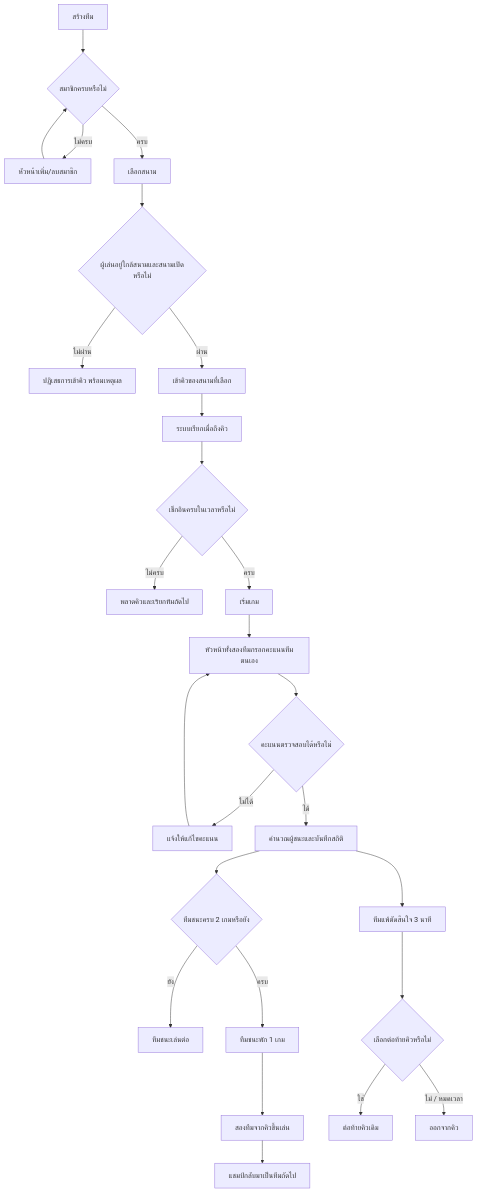
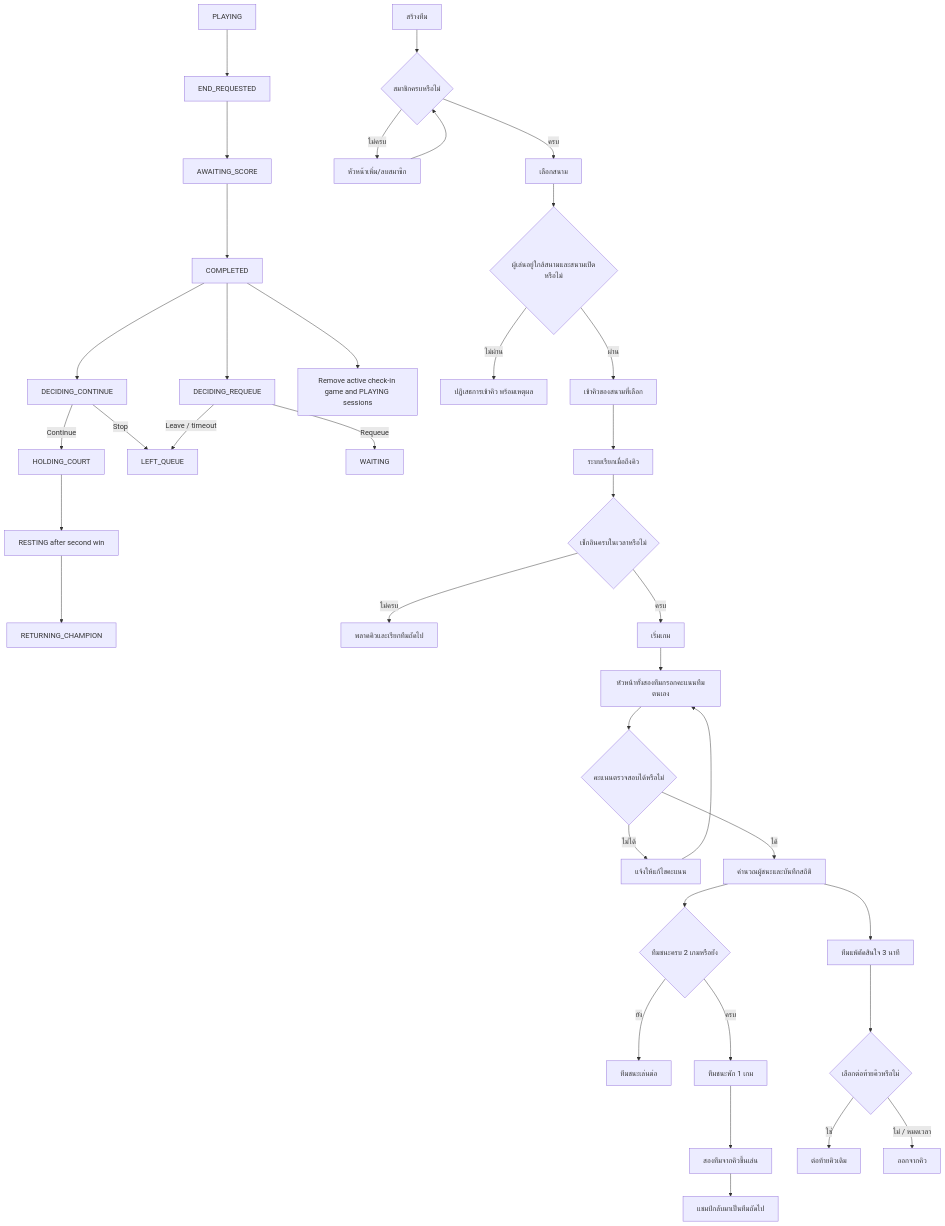
One commit to Nokpednam/MeQ-web-app changed the diagram in docs/diagrams/queue-flow.mmd. Above: the diagram before and after it, drawn with Mermaid. The commit also changed 41 other files, not shown here.

```diff
--- a/docs/diagrams/queue-flow.mmd
+++ b/docs/diagrams/queue-flow.mmd
@@ -1,26 +1,35 @@
 flowchart TD
+  GAME["PLAYING"] --> END["END_REQUESTED"] --> SCORE["AWAITING_SCORE"] --> COMPLETE["COMPLETED"]
+  COMPLETE --> WIN_DECIDE["DECIDING_CONTINUE"]
+  WIN_DECIDE -->|Continue| HOLD["HOLDING_COURT"]
+  WIN_DECIDE -->|Stop| LEFT
+  COMPLETE --> DECIDE["DECIDING_REQUEUE"]
+  COMPLETE --> CLOSE_CHECKIN["Remove active check-in game and PLAYING sessions"]
+  HOLD --> REST["RESTING after second win"] --> RETURN["RETURNING_CHAMPION"]
+  DECIDE -->|Requeue| WAIT["WAITING"]
+  DECIDE -->|Leave / timeout| LEFT["LEFT_QUEUE"]
   A[สร้างทีม] --> B{สมาชิกครบหรือไม่}
   B -- ไม่ครบ --> C[หัวหน้าเพิ่ม/ลบสมาชิก]
   C --> B
   B -- ครบ --> D[เลือกสนาม]
   D --> E{ผู้เล่นอยู่ใกล้สนามและสนามเปิดหรือไม่}
   E -- ไม่ผ่าน --> F[ปฏิเสธการเข้าคิว พร้อมเหตุผล]
   E -- ผ่าน --> G[เข้าคิวของสนามที่เลือก]
   G --> H[ระบบเรียกเมื่อถึงคิว]
   H --> I{เช็กอินครบในเวลาหรือไม่}
   I -- ไม่ครบ --> J[พลาดคิวและเรียกทีมถัดไป]
   I -- ครบ --> K[เริ่มเกม]
   K --> L[หัวหน้าทั้งสองทีมกรอกคะแนนทีมตนเอง]
   L --> M{คะแนนตรวจสอบได้หรือไม่}
   M -- ไม่ได้ --> N[แจ้งให้แก้ไขคะแนน]
   N --> L
   M -- ได้ --> O[คำนวณผู้ชนะและบันทึกสถิติ]
   O --> P{ทีมชนะครบ 2 เกมหรือยัง}
   P -- ยัง --> Q[ทีมชนะเล่นต่อ]
   P -- ครบ --> R[ทีมชนะพัก 1 เกม]
   R --> S[สองทีมจากคิวขึ้นเล่น]
   S --> T[แชมป์กลับมาเป็นทีมถัดไป]
   O --> U[ทีมแพ้ตัดสินใจ 3 นาที]
   U --> V{เลือกต่อท้ายคิวหรือไม่}
   V -- ใช่ --> W[ต่อท้ายคิวเดิม]
   V -- ไม่ / หมดเวลา --> X[ออกจากคิว]
```
